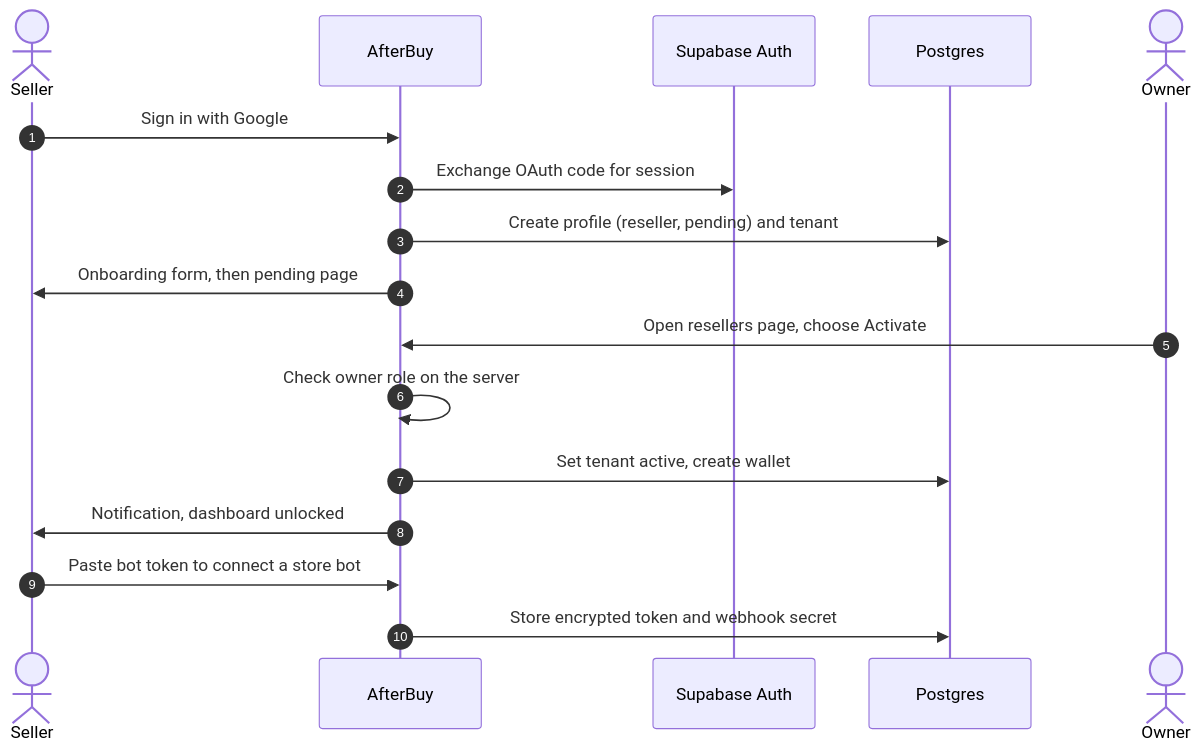
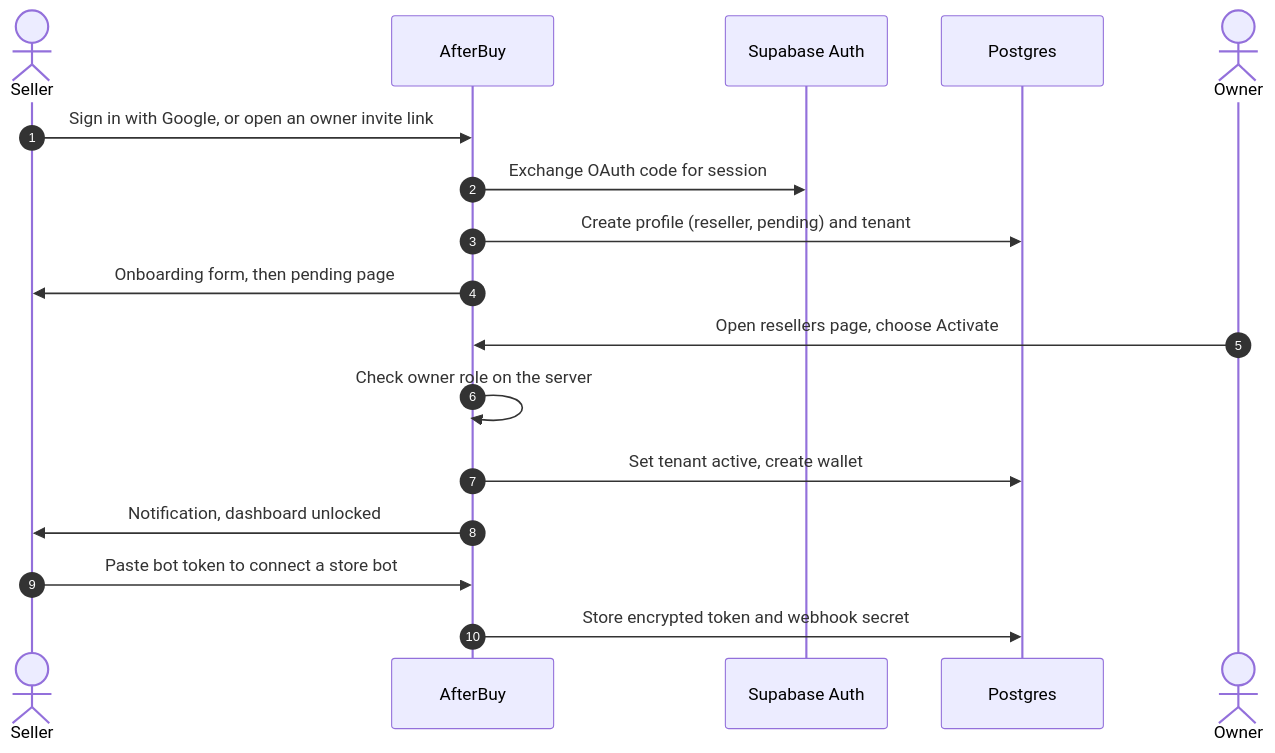
Before and after one commit to Kush-u/AfterBuy-OS: the third of 6 diagrams in ARCHITECTURE.md, drawn with Mermaid. The commit also changed other lines of this file and 8 other files, not shown here.

````diff
--- a/ARCHITECTURE.md
+++ b/ARCHITECTURE.md
@@ -100,20 +100,20 @@
 ```mermaid
 sequenceDiagram
   autonumber
   actor Seller
   participant App as AfterBuy
   participant Auth as Supabase Auth
   participant DB as Postgres
   actor Owner
 
-  Seller->>App: Sign in with Google
+  Seller->>App: Sign in with Google, or open an owner invite link
   App->>Auth: Exchange OAuth code for session
   App->>DB: Create profile (reseller, pending) and tenant
   App->>Seller: Onboarding form, then pending page
   Owner->>App: Open resellers page, choose Activate
   App->>App: Check owner role on the server
   App->>DB: Set tenant active, create wallet
   App->>Seller: Notification, dashboard unlocked
   Seller->>App: Paste bot token to connect a store bot
   App->>DB: Store encrypted token and webhook secret
 ```
````
